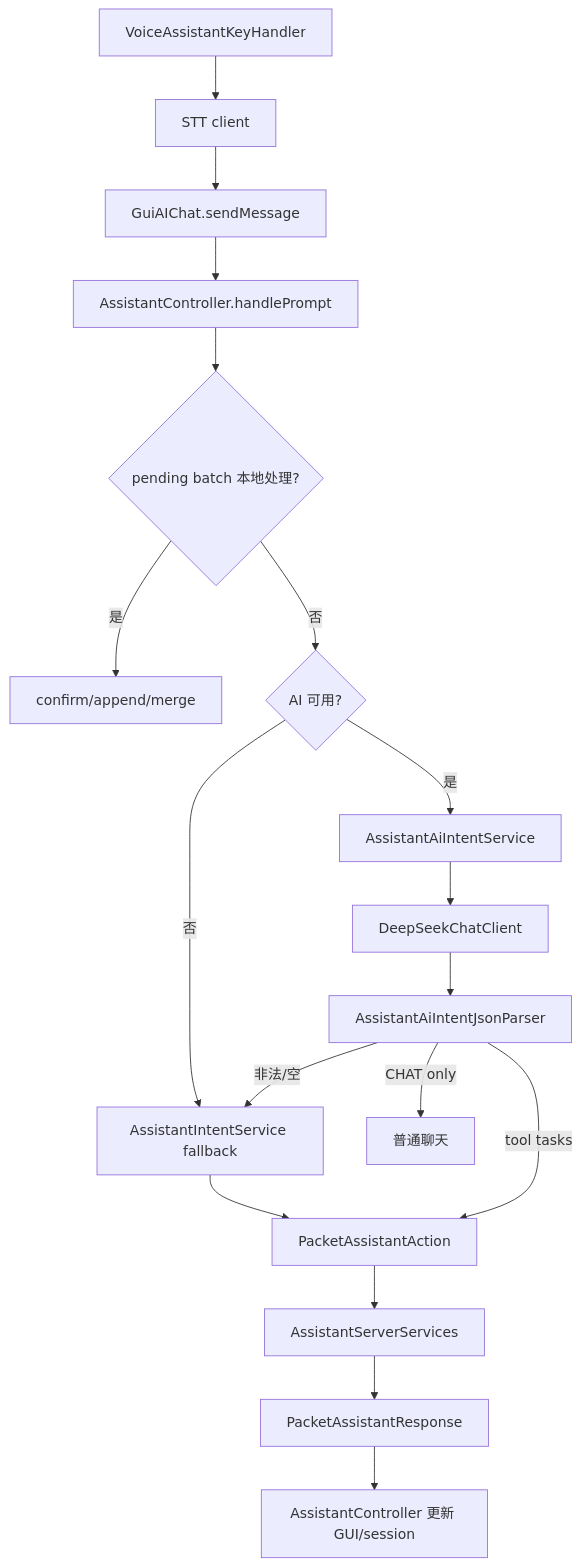
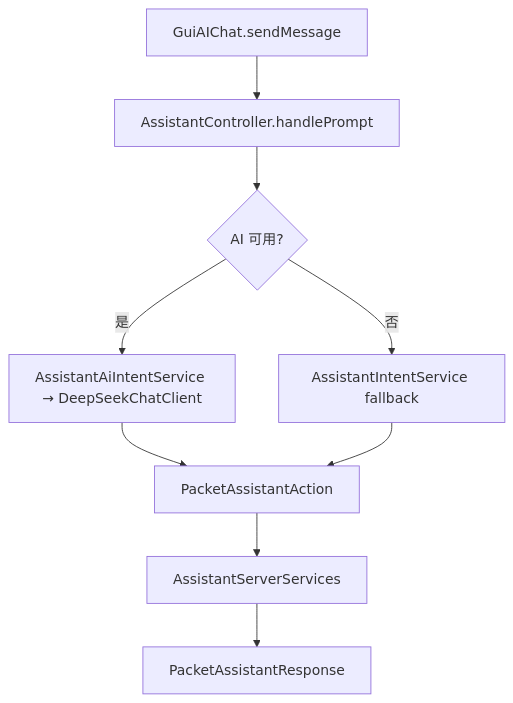
The diagram in docs/zh/developer/技术文档.md (ImgoodWK/AdvanceDataMonitor429), drawn with Mermaid before and after one commit. The commit also changed other lines of this file and 131 other files, not shown here.

First line of the commit message:
feat(webae): 世界地图多级质量渲染引擎、瓦片预取进度与 TeXTech 数据目录迁移

````diff
--- a/docs/zh/developer/技术文档.md
+++ b/docs/zh/developer/技术文档.md
@@ -1276,20 +1271,11 @@
 ```mermaid
 flowchart TD
     A[GuiAIChat.sendMessage] --> B[AssistantController.handlePrompt]
-    V[VoiceAssistantKeyHandler] --> W[STT client]
-    W --> A
-    B --> C{pending batch 本地处理?}
-    C -->|是| D[confirm/append/merge]
-    C -->|否| E{AI 可用?}
-    E -->|否| F[AssistantIntentService fallback]
-    E -->|是| G[AssistantAiIntentService]
-    G --> H[DeepSeekChatClient]
-    H --> I[AssistantAiIntentJsonParser]
-    I -->|非法/空| F
-    I -->|CHAT only| J[普通聊天]
-    I -->|tool tasks| K[PacketAssistantAction]
-    F --> K
-    K --> L[AssistantServerServices]
-    L --> M[PacketAssistantResponse]
-    M --> N[AssistantController 更新 GUI/session]
+    B --> C{AI 可用?}
+    C -->|否| D[AssistantIntentService fallback]
+    C -->|是| E[AssistantAiIntentService → DeepSeekChatClient]
+    E --> F[PacketAssistantAction]
+    D --> F
+    F --> G[AssistantServerServices]
+    G --> H[PacketAssistantResponse]
 ```
````
